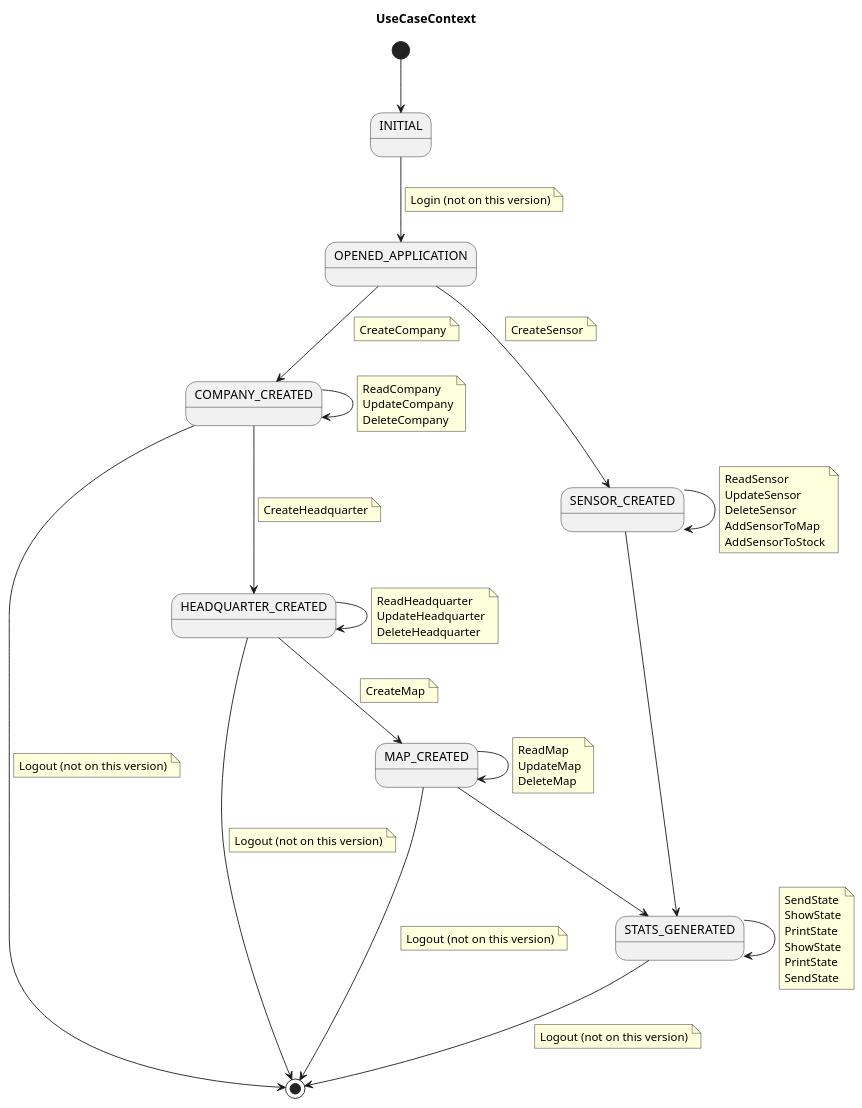
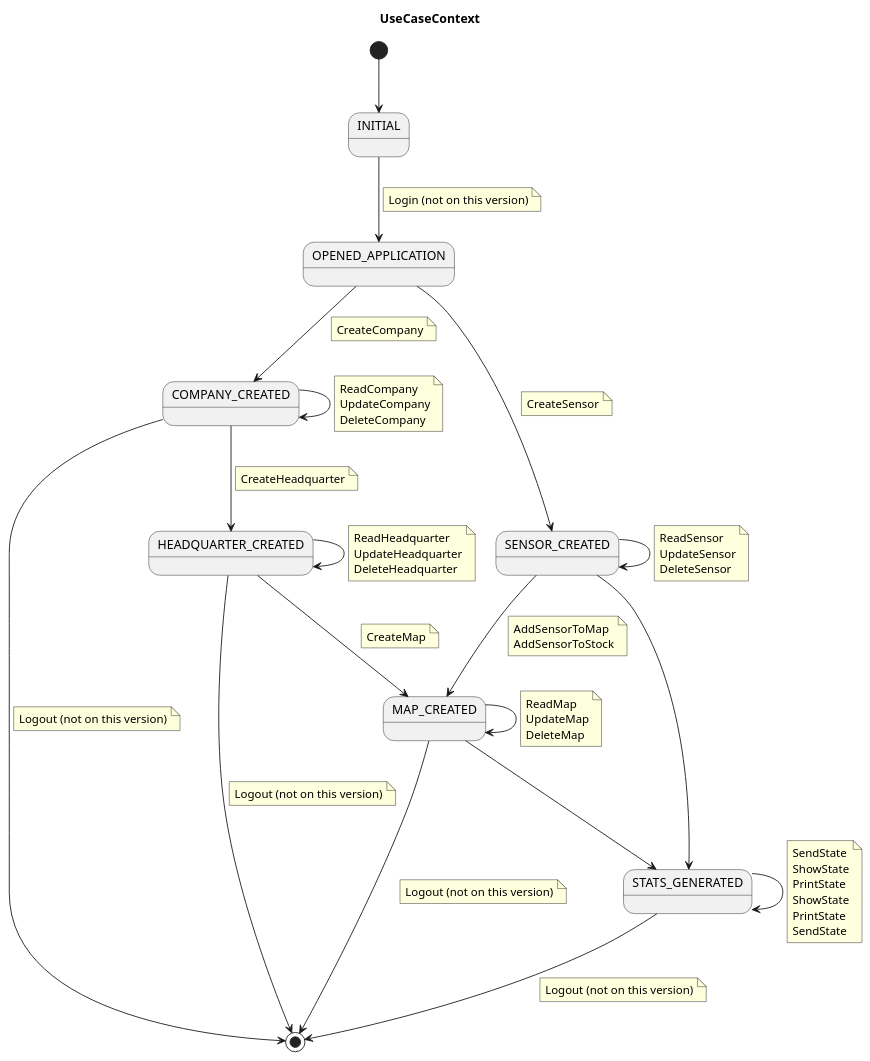
The diagram in docs/src/useCase/context/useCaseContext.puml (jumpering/pestmonitors), drawn with PlantUML before and after one commit. The commit also changed 1 other file, not shown here.

```diff
--- a/docs/src/useCase/context/useCaseContext.puml
+++ b/docs/src/useCase/context/useCaseContext.puml
@@ -1,106 +1,111 @@
 @startuml
 title UseCaseContext
 
 state INITIAL
 state OPENED_APPLICATION
 state COMPANY_CREATED
 state HEADQUARTER_CREATED
 state MAP_CREATED
 state SENSOR_CREATED
 state STATS_GENERATED
 
 [*] --> INITIAL
 
 INITIAL --> OPENED_APPLICATION
 note on link
     Login (not on this version)
 end note
 
 OPENED_APPLICATION --> COMPANY_CREATED
     note on link
         CreateCompany
     end note
 COMPANY_CREATED --> COMPANY_CREATED
 note on link
     ReadCompany
     UpdateCompany
     DeleteCompany
 end note
 
 COMPANY_CREATED --> HEADQUARTER_CREATED
     note on link
         CreateHeadquarter
     end note
 
 HEADQUARTER_CREATED --> HEADQUARTER_CREATED
     note on link
         ReadHeadquarter
         UpdateHeadquarter
         DeleteHeadquarter
     end note
 
 HEADQUARTER_CREATED --> MAP_CREATED
     note on link
         CreateMap
     end note
 
 MAP_CREATED --> MAP_CREATED
     note on link
         ReadMap
         UpdateMap
         DeleteMap
     end note
 
 MAP_CREATED --> STATS_GENERATED
 
 OPENED_APPLICATION --> SENSOR_CREATED
     note on link
         CreateSensor
     end note
 
 SENSOR_CREATED --> SENSOR_CREATED
     note on link
         ReadSensor
         UpdateSensor
         DeleteSensor
-        AddSensorToMap
-        AddSensorToStock
     end note
 
 COMPANY_CREATED --> [*]
       note on link
           Logout (not on this version)
       end note
 
 HEADQUARTER_CREATED --> [*]
       note on link
           Logout (not on this version)
       end note
 
 MAP_CREATED --> [*]
       note on link
           Logout (not on this version)
       end note
 
 SENSOR_CREATED --> STATS_GENERATED
 '       note on link
 '           ShowState
 '           PrintState
 '           SendState'
 '       end note
 
+
+SENSOR_CREATED --> MAP_CREATED
+    note on link
+        AddSensorToMap
+        AddSensorToStock
+    end note
+
 STATS_GENERATED --> STATS_GENERATED
     note on link
         SendState
         ShowState
         PrintState
         ShowState
         PrintState
         SendState
     end note
 
 STATS_GENERATED --> [*]
       note on link
           Logout (not on this version)
       end note
 @enduml
```
